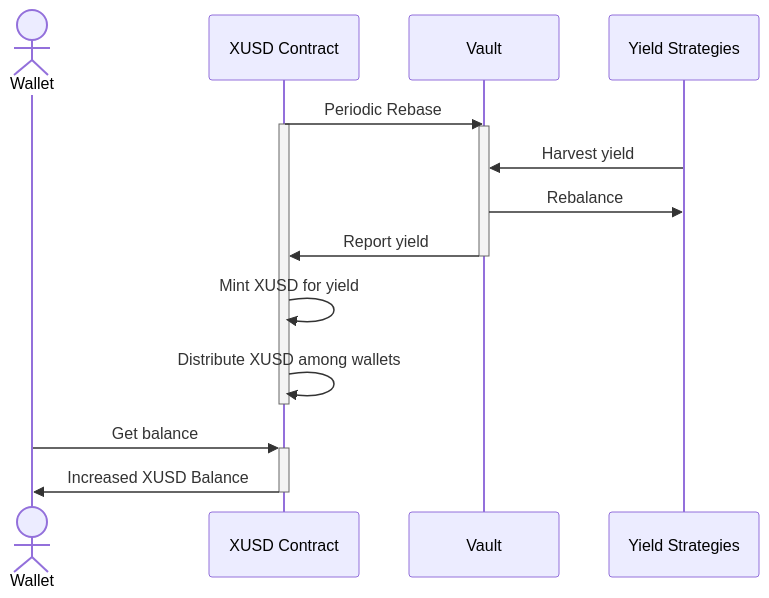
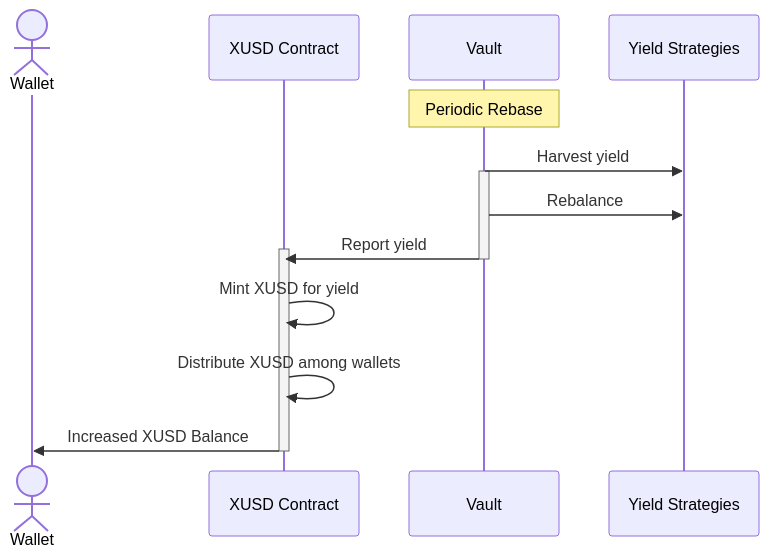
The second of 4 diagrams in docs/tokenomics.md (factor-finance/xusd-docs), drawn with Mermaid before and after one commit. The commit also changed other lines of this file, not shown here.

Commit message:
diagram tweaks

````diff
--- a/docs/tokenomics.md
+++ b/docs/tokenomics.md
@@ -29,21 +28,20 @@
 ```mermaid
     %%{init: { 'theme': dark' } }%%
 sequenceDiagram
     actor Wallet
     participant XUSD Contract
     participant Vault
     participant Yield Strategies
 
-    XUSD Contract->>Vault: Periodic Rebase
-    activate XUSD Contract
+    note over Vault: Periodic Rebase
+    Vault->>Yield Strategies: Harvest yield
     activate Vault
-    Yield Strategies->>Vault: Harvest yield
     Vault->>Yield Strategies: Rebalance
     Vault->>XUSD Contract: Report yield
+    activate XUSD Contract
     deactivate Vault
     XUSD Contract->>XUSD Contract: Mint XUSD for yield
     XUSD Contract->>XUSD Contract: Distribute XUSD among wallets
+    XUSD Contract->>Wallet: Increased XUSD Balance
     deactivate XUSD Contract
-    Wallet->>+XUSD Contract: Get balance
-    XUSD Contract->>-Wallet: Increased XUSD Balance
 ```
````
